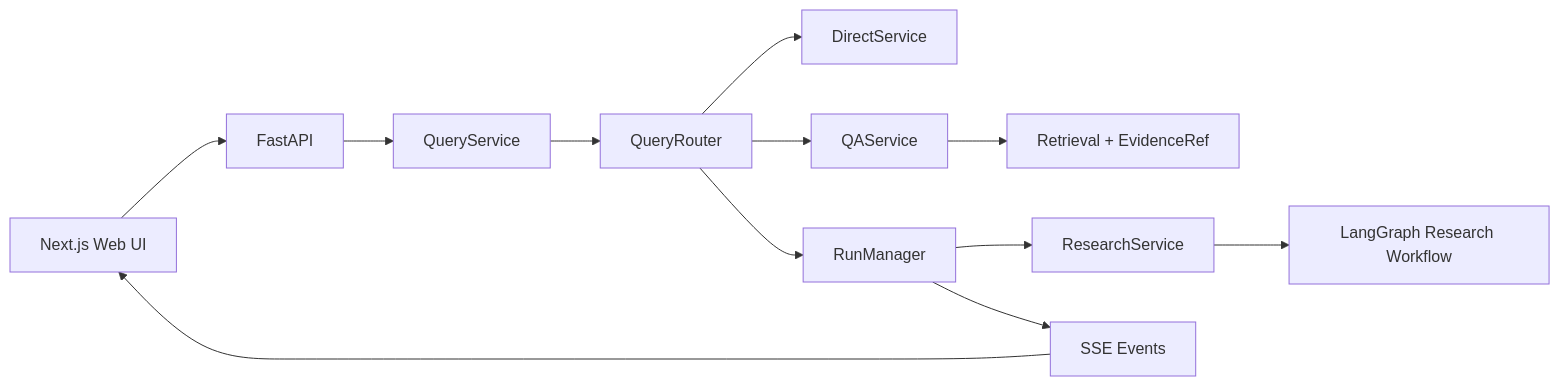
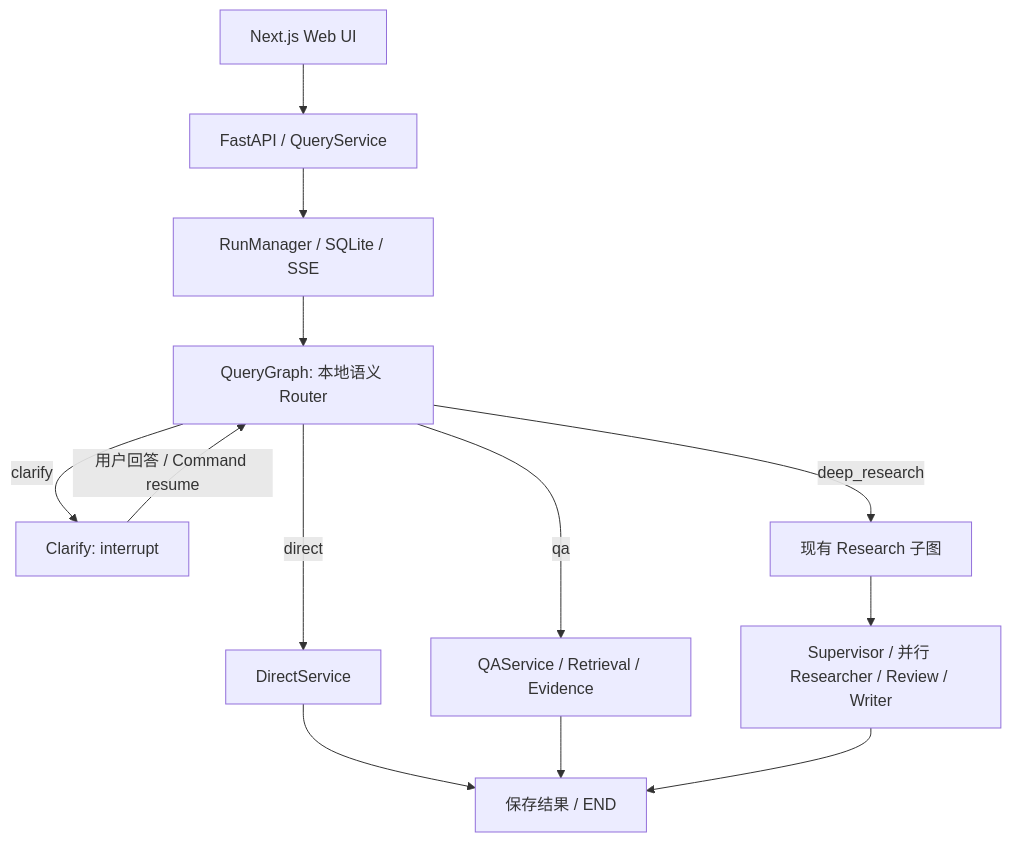
One commit to pppppppppan/Sage-scholar changed the diagram in README.md. Above: the diagram before and after it, drawn with Mermaid. The commit also changed other lines of this file and 28 other files, not shown here.

Commit message:
refactor(router): use local semantic routing with unified query graph

````diff
--- a/README.md
+++ b/README.md
@@ -5,14 +5,15 @@
 ```mermaid
-flowchart LR
-    UI[Next.js Web UI] --> API[FastAPI]
-    API --> QS[QueryService]
-    QS --> R[QueryRouter]
-    R --> D[DirectService]
-    R --> QA[QAService]
-    R --> RM[RunManager]
-    QA --> RET[Retrieval + EvidenceRef]
-    RM --> RS[ResearchService]
-    RS --> LG[LangGraph Research Workflow]
-    RM --> SSE[SSE Events]
-    SSE --> UI
+flowchart TD
+    UI[Next.js Web UI] --> API[FastAPI / QueryService]
+    API --> RM[RunManager / SQLite / SSE]
+    RM --> R[QueryGraph: 本地语义 Router]
+    R -->|direct| D[DirectService]
+    R -->|qa| QA[QAService / Retrieval / Evidence]
+    R -->|clarify| C[Clarify: interrupt]
+    C -->|用户回答 / Command resume| R
+    R -->|deep_research| RS[现有 Research 子图]
+    RS --> S[Supervisor / 并行 Researcher / Review / Writer]
+    D --> E[保存结果 / END]
+    QA --> E
+    S --> E
 ```
````
